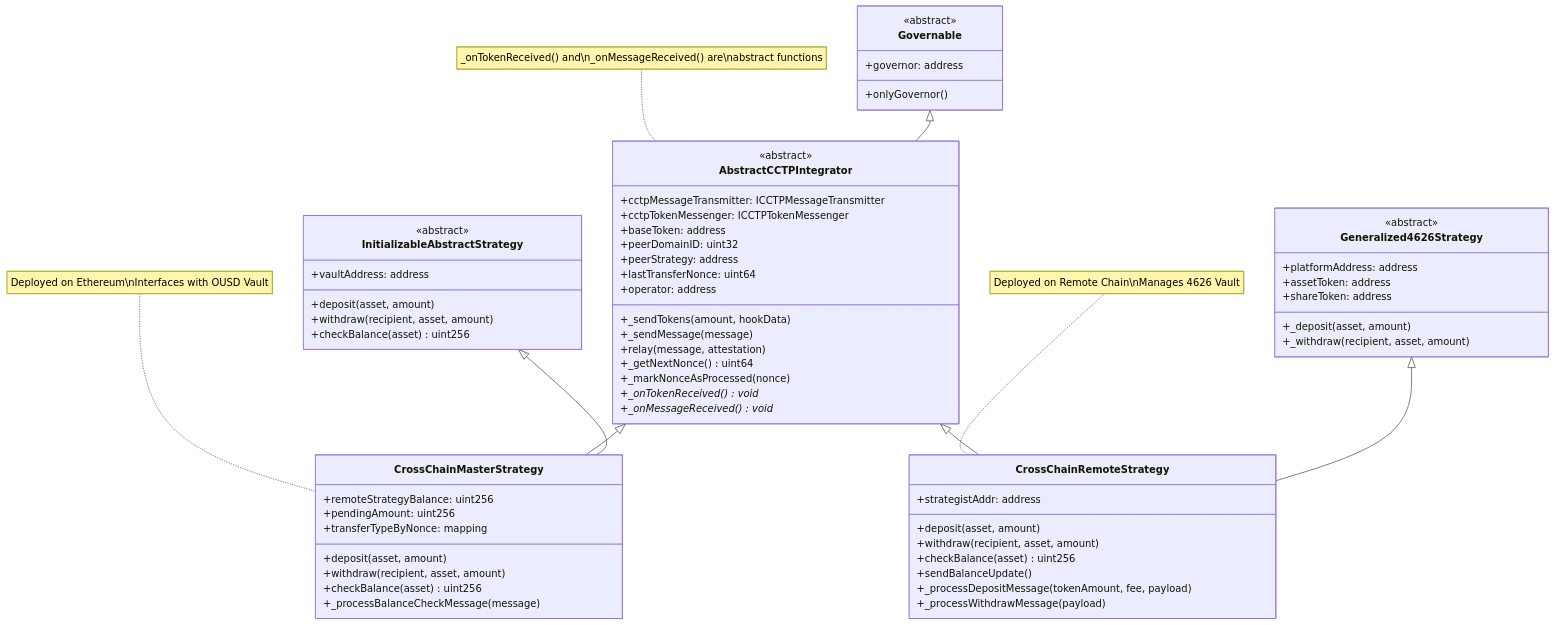
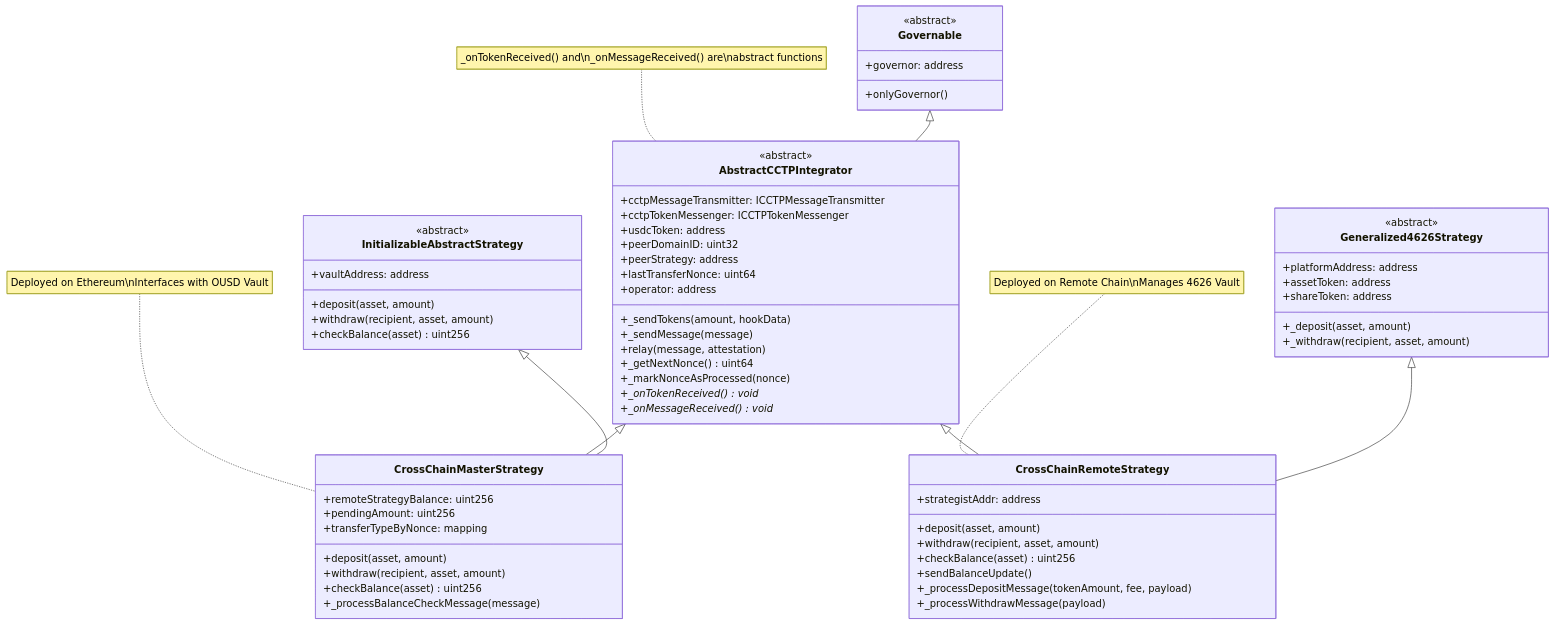
Before and after one commit to OriginProtocol/origin-dollar: the second of 5 diagrams in contracts/contracts/strategies/crosschain/crosschain-strategy.md, drawn with Mermaid. The commit also changed other lines of this file and 3 other files, not shown here.

Commit message:
rename baseToken to usdcToken

````diff
--- a/contracts/contracts/strategies/crosschain/crosschain-strategy.md
+++ b/contracts/contracts/strategies/crosschain/crosschain-strategy.md
@@ -61,73 +61,73 @@
 ```mermaid
 classDiagram
     class Governable {
         <<abstract>>
         +governor: address
         +onlyGovernor()
     }
     
     class AbstractCCTPIntegrator {
         <<abstract>>
         +cctpMessageTransmitter: ICCTPMessageTransmitter
         +cctpTokenMessenger: ICCTPTokenMessenger
-        +baseToken: address
+        +usdcToken: address
         +peerDomainID: uint32
         +peerStrategy: address
         +lastTransferNonce: uint64
         +operator: address
         +_sendTokens(amount, hookData)
         +_sendMessage(message)
         +relay(message, attestation)
         +_getNextNonce() uint64
         +_markNonceAsProcessed(nonce)
         +_onTokenReceived()* void
         +_onMessageReceived()* void
     }
     
     class InitializableAbstractStrategy {
         <<abstract>>
         +vaultAddress: address
         +deposit(asset, amount)
         +withdraw(recipient, asset, amount)
         +checkBalance(asset) uint256
     }
     
     class Generalized4626Strategy {
         <<abstract>>
         +platformAddress: address
         +assetToken: address
         +shareToken: address
         +_deposit(asset, amount)
         +_withdraw(recipient, asset, amount)
     }
     
     class CrossChainMasterStrategy {
         +remoteStrategyBalance: uint256
         +pendingAmount: uint256
         +transferTypeByNonce: mapping
         +deposit(asset, amount)
         +withdraw(recipient, asset, amount)
         +checkBalance(asset) uint256
         +_processBalanceCheckMessage(message)
     }
     
     class CrossChainRemoteStrategy {
         +strategistAddr: address
         +deposit(asset, amount)
         +withdraw(recipient, asset, amount)
         +checkBalance(asset) uint256
         +sendBalanceUpdate()
         +_processDepositMessage(tokenAmount, fee, payload)
         +_processWithdrawMessage(payload)
     }
     
     Governable <|-- AbstractCCTPIntegrator
     AbstractCCTPIntegrator <|-- CrossChainMasterStrategy
     AbstractCCTPIntegrator <|-- CrossChainRemoteStrategy
     InitializableAbstractStrategy <|-- CrossChainMasterStrategy
     Generalized4626Strategy <|-- CrossChainRemoteStrategy
     
     note for AbstractCCTPIntegrator "_onTokenReceived() and\n_onMessageReceived() are\nabstract functions"
     note for CrossChainMasterStrategy "Deployed on Ethereum\nInterfaces with OUSD Vault"
     note for CrossChainRemoteStrategy "Deployed on Remote Chain\nManages 4626 Vault"
 ```
````
